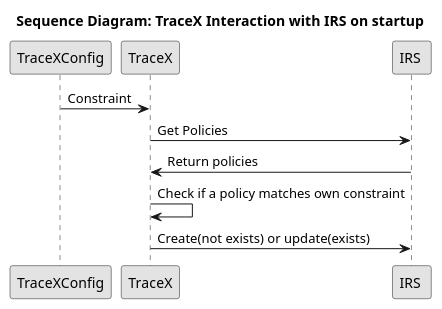
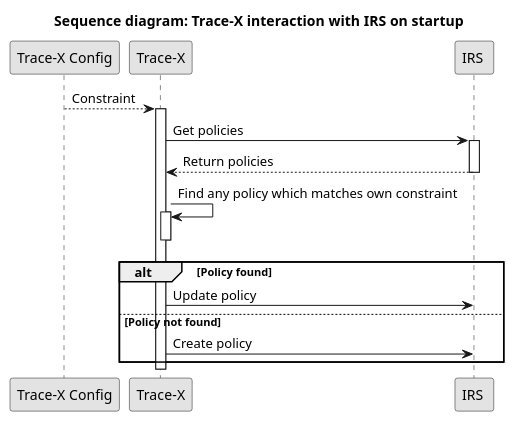
One commit to eclipse-tractusx/traceability-foss changed the first of 4 diagrams in docs/src/uml-diagrams/arc42/runtime-view/policies/policy-startup-configuration.puml. Above: the diagram before and after it, drawn with PlantUML. The commit also changed other lines of this file and 4 other files, not shown here.

```diff
--- a/docs/src/uml-diagrams/arc42/runtime-view/policies/policy-startup-configuration.puml
+++ b/docs/src/uml-diagrams/arc42/runtime-view/policies/policy-startup-configuration.puml
@@ -1,17 +1,26 @@
 @startuml
 skinparam monochrome true
 skinparam shadowing false
 skinparam defaultFontName "Architects daughter"
-title Sequence Diagram: TraceX Interaction with IRS on startup
-participant "TraceXConfig" as Config
-participant "TraceX" as TraceX
+title Sequence diagram: Trace-X interaction with IRS on startup
+participant "Trace-X Config" as Config
+participant "Trace-X" as TraceX
 participant "IRS " as IRS
 
-Config -> TraceX : Constraint
-TraceX -> IRS : Get Policies
-IRS -> TraceX: Return policies
-TraceX -> TraceX: Check if a policy matches own constraint
+Config --> TraceX: Constraint
+activate TraceX
+TraceX -> IRS: Get policies
+activate IRS
+IRS --> TraceX: Return policies
+deactivate IRS
+TraceX -> TraceX: Find any policy which matches own constraint
+activate TraceX
+deactivate TraceX
 
-TraceX -> IRS : Create(not exists) or update(exists)
-
+alt Policy found
+TraceX -> IRS: Update policy
+else Policy not found
+TraceX -> IRS: Create policy
+end
+deactivate TraceX
 @enduml
```
